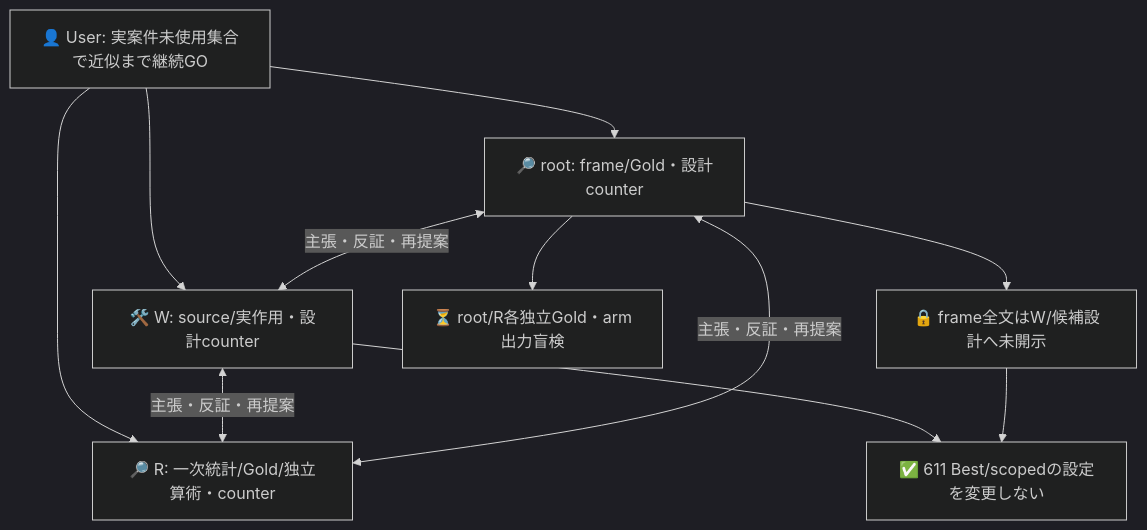
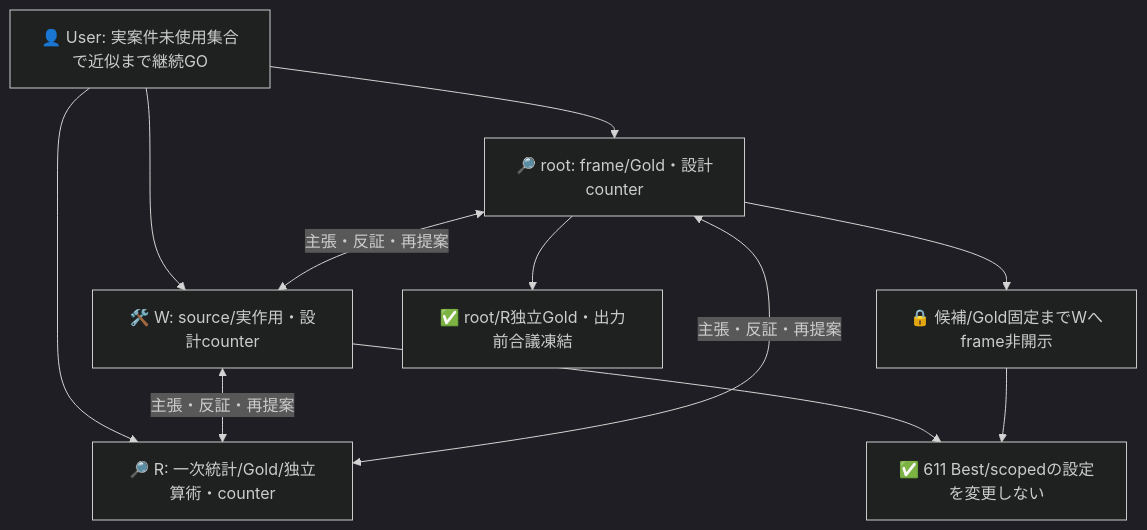
One commit to roccho-org/ops changed the first of 2 diagrams in experiments/sys1-eval-loop/real-cases/README.md. Above: the diagram before and after it, drawn with Mermaid (dark theme). The commit also changed other lines of this file and 8 other files, not shown here.

````diff
--- a/experiments/sys1-eval-loop/real-cases/README.md
+++ b/experiments/sys1-eval-loop/real-cases/README.md
@@ -57,13 +57,13 @@
 ```mermaid
 flowchart TB
   U["👤 User: 実案件未使用集合で近似まで継続GO"] --> P["🔎 root: frame/Gold・設計counter"]
   U --> W["🛠️ W: source/実作用・設計counter"]
   U --> R["🔎 R: 一次統計/Gold/独立算術・counter"]
   P <-->|主張・反証・再提案| W
   W <-->|主張・反証・再提案| R
   R <-->|主張・反証・再提案| P
-  P --> K["🔒 frame全文はW/候補設計へ未開示"]
-  P --> G["⏳ root/R各独立Gold・arm出力盲検"]
+  P --> K["🔒 候補/Gold固定までWへframe非開示"]
+  P --> G["✅ root/R独立Gold・出力前合議凍結"]
   W --> B["✅ 611 Best/scopedの設定を変更しない"]
   K --> B
 ```
````
